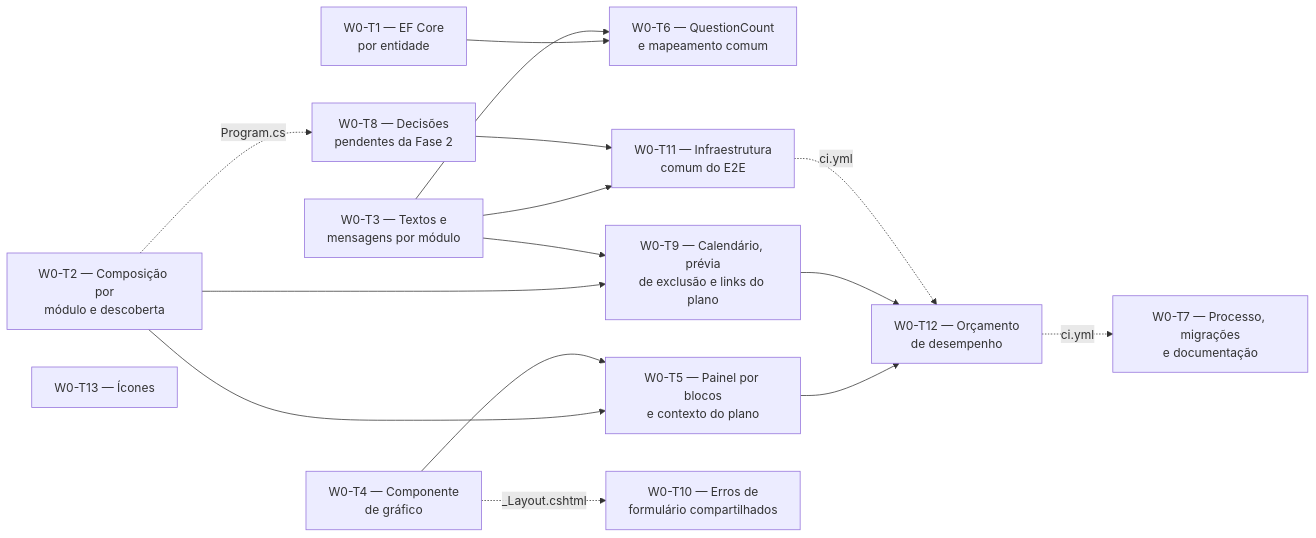
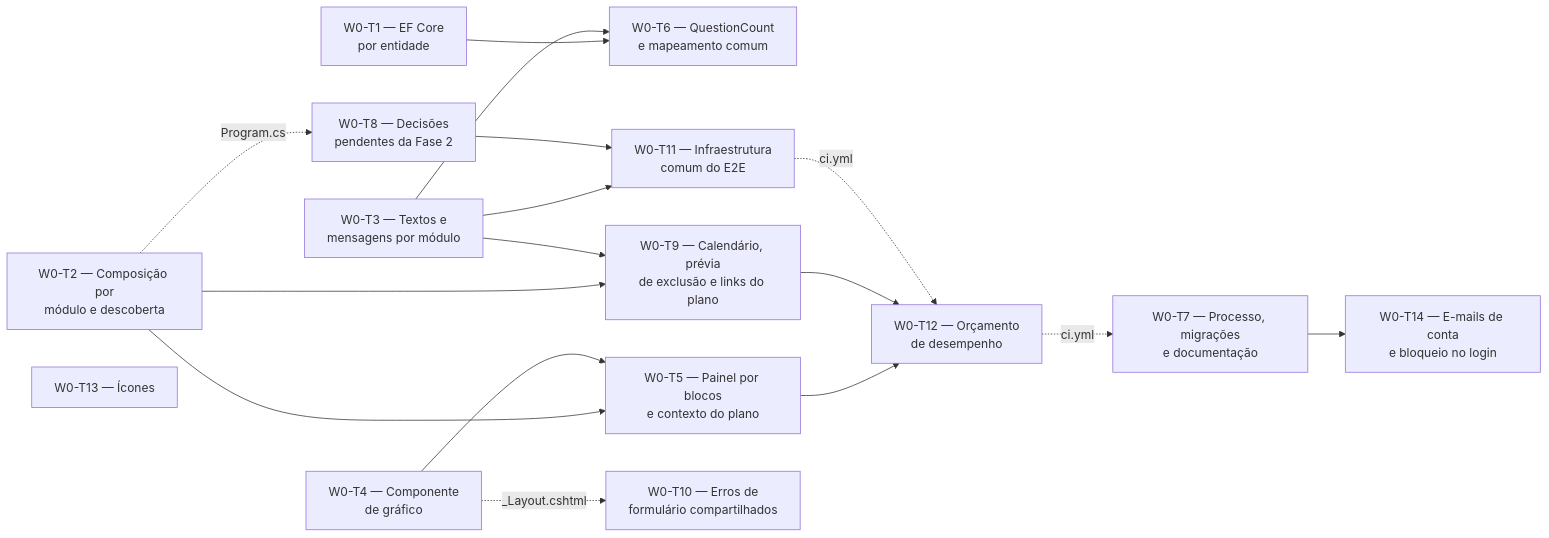
The diagram in docs/fases/onda-0-base-compartilhada.md (vitorparras/Trail), drawn with Mermaid before and after one commit. The commit also changed other lines of this file and 5 other files, not shown here.

````diff
--- a/docs/fases/onda-0-base-compartilhada.md
+++ b/docs/fases/onda-0-base-compartilhada.md
@@ -68,18 +70,19 @@
 ```mermaid
 flowchart LR
     T1["W0-T1 — EF Core<br/>por entidade"] --> T6["W0-T6 — QuestionCount<br/>e mapeamento comum"]
     T3["W0-T3 — Textos e<br/>mensagens por módulo"] --> T6
     T2["W0-T2 — Composição por<br/>módulo e descoberta"] --> T5["W0-T5 — Painel por blocos<br/>e contexto do plano"]
     T4["W0-T4 — Componente<br/>de gráfico"] --> T5
     T2 --> T9["W0-T9 — Calendário, prévia<br/>de exclusão e links do plano"]
     T3 --> T9
     T3 --> T11["W0-T11 — Infraestrutura<br/>comum do E2E"]
     T8["W0-T8 — Decisões<br/>pendentes da Fase 2"] --> T11
     T5 --> T12["W0-T12 — Orçamento<br/>de desempenho"]
     T9 --> T12
     T2 -.->|"Program.cs"| T8
     T4 -.->|"_Layout.cshtml"| T10["W0-T10 — Erros de<br/>formulário compartilhados"]
     T11 -.->|"ci.yml"| T12
     T12 -.->|"ci.yml"| T7["W0-T7 — Processo, migrações<br/>e documentação"]
     T13["W0-T13 — Ícones"]
+    T7 --> T14["W0-T14 — E-mails de conta<br/>e bloqueio no login"]
 ```
````
